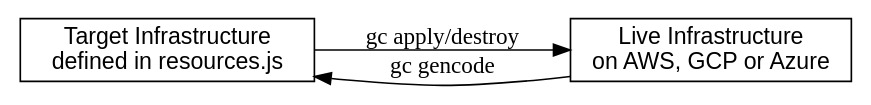
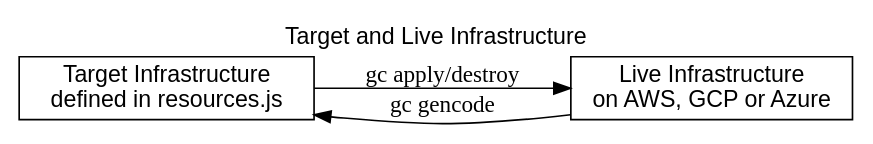
One commit to grucloud/grucloud changed the diagram in docusaurus/plantuml/target-live-infra.dot. Above: the diagram before and after it, drawn with Graphviz. The commit also changed 7 other files, not shown here.

```diff
--- a/docusaurus/plantuml/target-live-infra.dot
+++ b/docusaurus/plantuml/target-live-infra.dot
@@ -1,12 +1,14 @@
 
 digraph {
-    
+    labelloc=t;
+    fontname=Helvetica;
+    label="Target and Live Infrastructure";
     rankdir=LR;
     node [shape=box  fontname=Helvetica]
     target [label="Target Infrastructure\n defined in resources.js"]; 
     live [label="Live Infrastructure\non AWS, GCP or Azure"]; 
     
     live->target [ label="gc gencode" ];
     target->live [ label="gc apply/destroy" ];
     
 }
```
